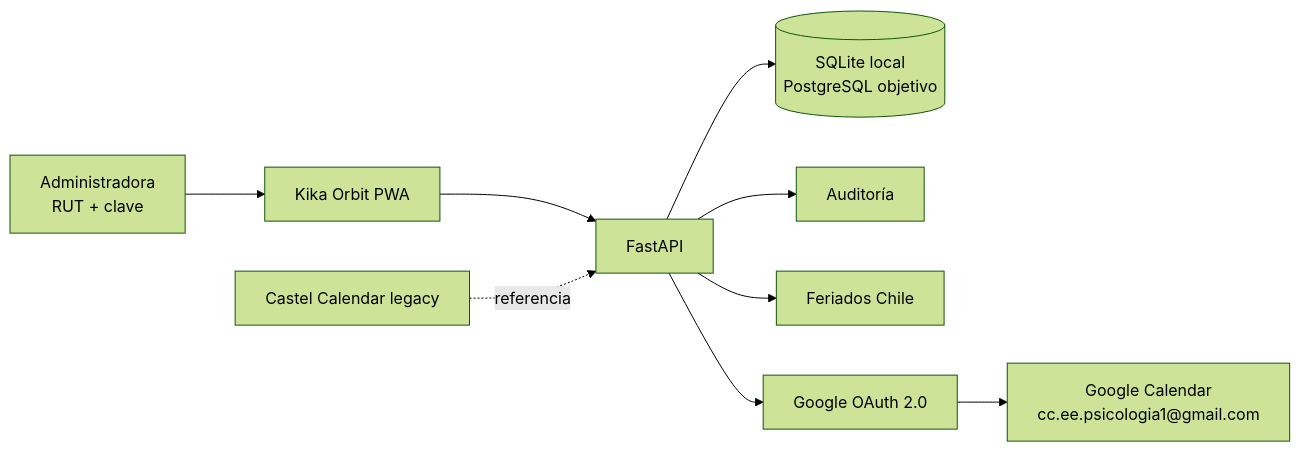
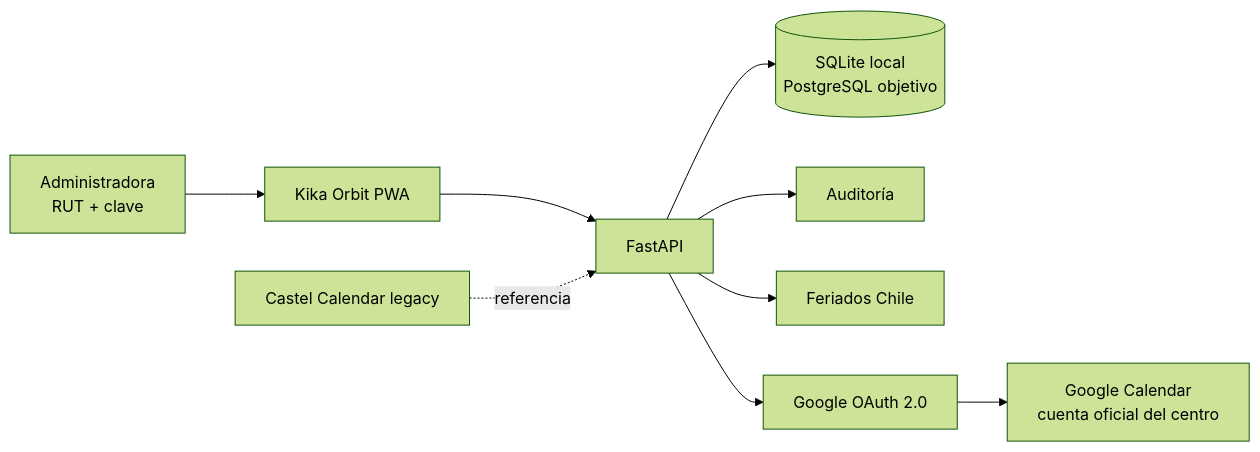
One commit to JackStar6677-1/CCAACalendar changed the diagram in README.md. Above: the diagram before and after it, drawn with Mermaid (forest theme). The commit also changed other lines of this file and 6 other files, not shown here.

````diff
--- a/README.md
+++ b/README.md
@@ -68,11 +64,11 @@
 ```mermaid
 flowchart LR
     Admin["Administradora<br/>RUT + clave"] --> Web["Kika Orbit PWA"]
     Web --> API["FastAPI"]
     API --> DB[("SQLite local<br/>PostgreSQL objetivo")]
     API --> Audit["Auditoría"]
     API --> Holidays["Feriados Chile"]
     API --> OAuth["Google OAuth 2.0"]
-    OAuth --> Calendar["Google Calendar<br/>cc.ee.psicologia1@gmail.com"]
+    OAuth --> Calendar["Google Calendar<br/>cuenta oficial del centro"]
     Legacy["Castel Calendar legacy"] -.referencia.-> API
 ```
````
